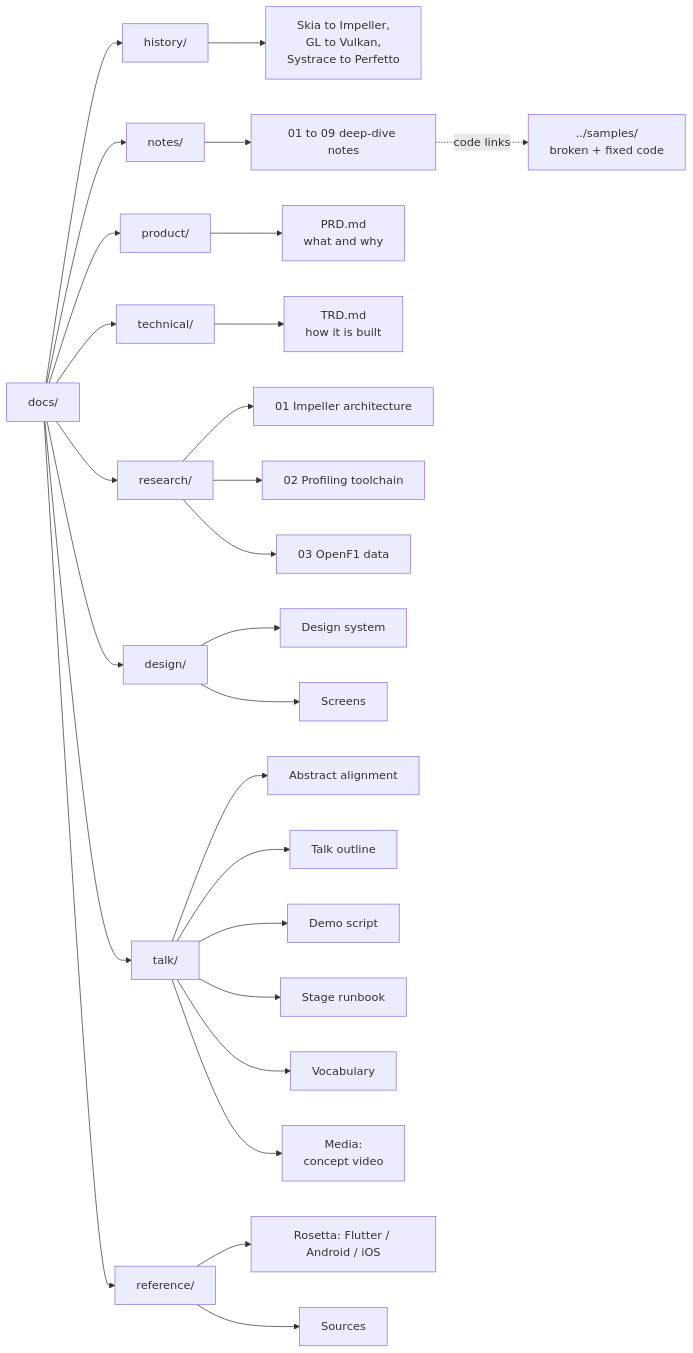
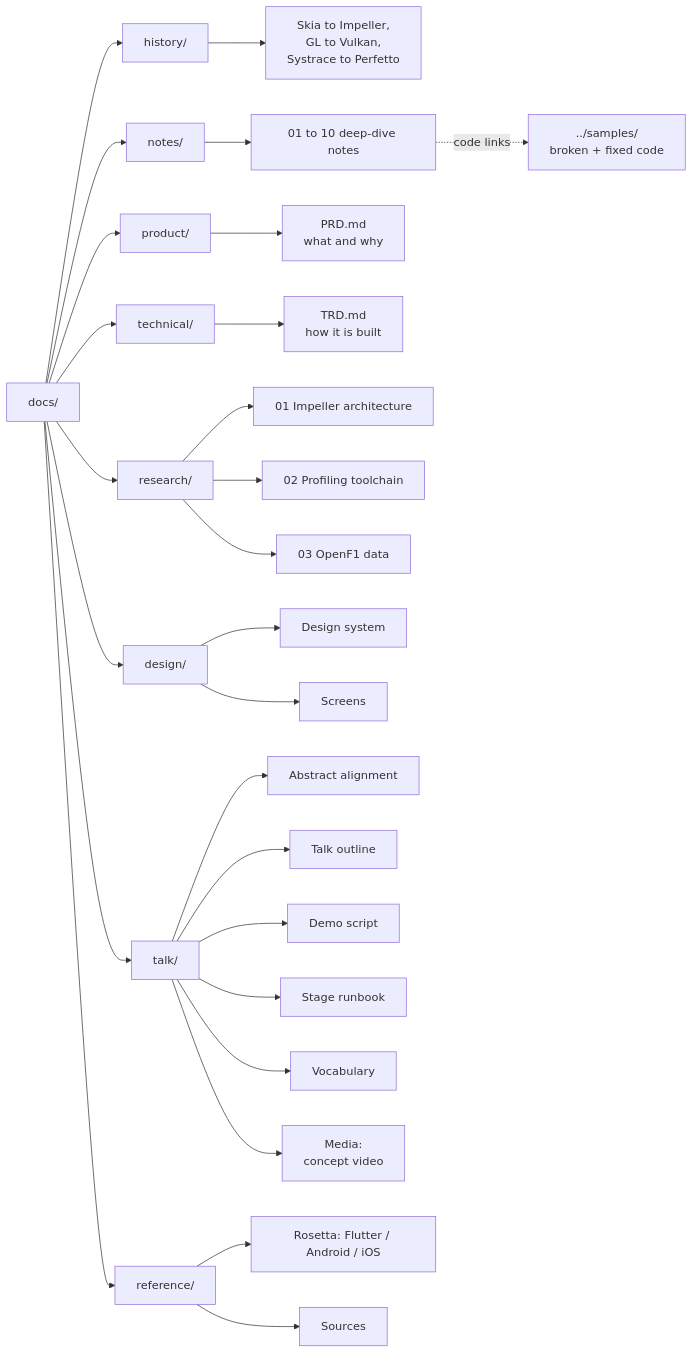
Before and after one commit to cm-collins/fluttercon-demo-app: the diagram in docs/README.md, drawn with Mermaid. The commit also changed other lines of this file and 25 other files, not shown here.

````diff
--- a/docs/README.md
+++ b/docs/README.md
@@ -15,30 +15,30 @@
 ```mermaid
 flowchart LR
     root["docs/"] --> product["product/"]
     root --> technical["technical/"]
     root --> research["research/"]
     root --> design["design/"]
     root --> talk["talk/"]
     root --> reference["reference/"]
     root --> history["history/"]
     history --> h1["Skia to Impeller,<br/>GL to Vulkan,<br/>Systrace to Perfetto"]
     root --> notes["notes/"]
-    notes --> n1["01 to 09 deep-dive notes"]
+    notes --> n1["01 to 10 deep-dive notes"]
     n1 -.->|"code links"| samples["../samples/<br/>broken + fixed code"]
 
     product --> prd["PRD.md<br/>what and why"]
     technical --> trd["TRD.md<br/>how it is built"]
     research --> r1["01 Impeller architecture"]
     research --> r2["02 Profiling toolchain"]
     research --> r3["03 OpenF1 data"]
     design --> d1["Design system"]
     design --> d2["Screens"]
     talk --> t0["Abstract alignment"]
     talk --> t1["Talk outline"]
     talk --> t2["Demo script"]
     talk --> t3["Stage runbook"]
     talk --> t4["Vocabulary"]
     talk --> t5["Media:<br/>concept video"]
     reference --> f1["Rosetta: Flutter / Android / iOS"]
     reference --> f2["Sources"]
 ```
````
